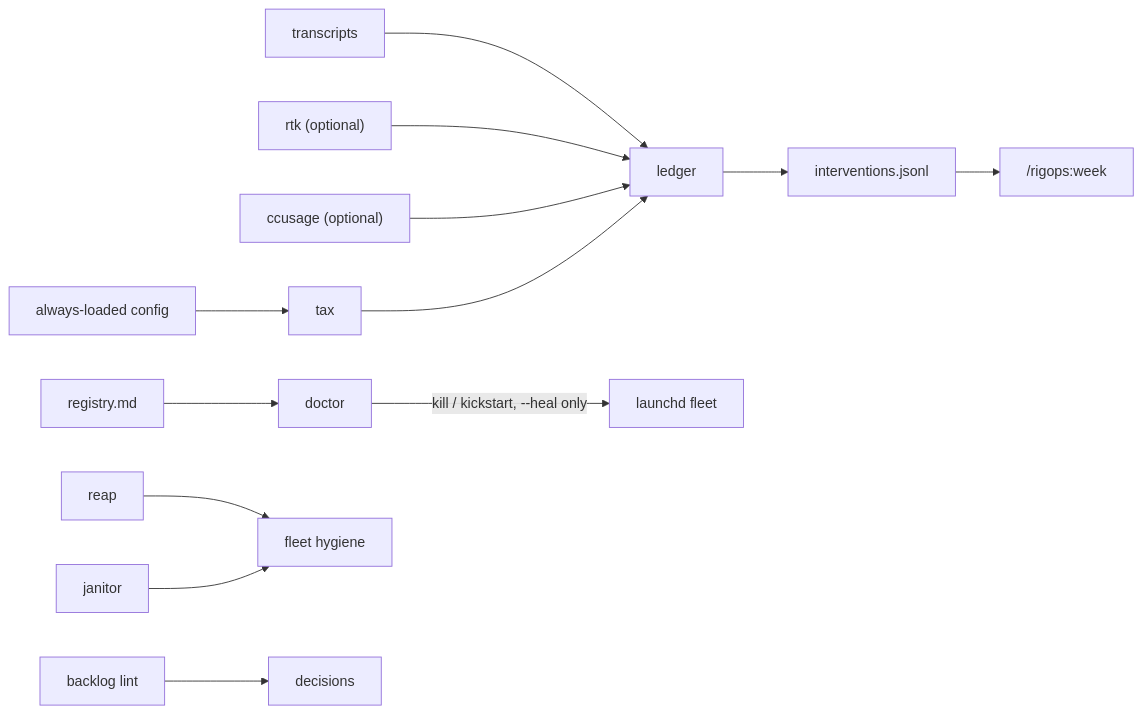
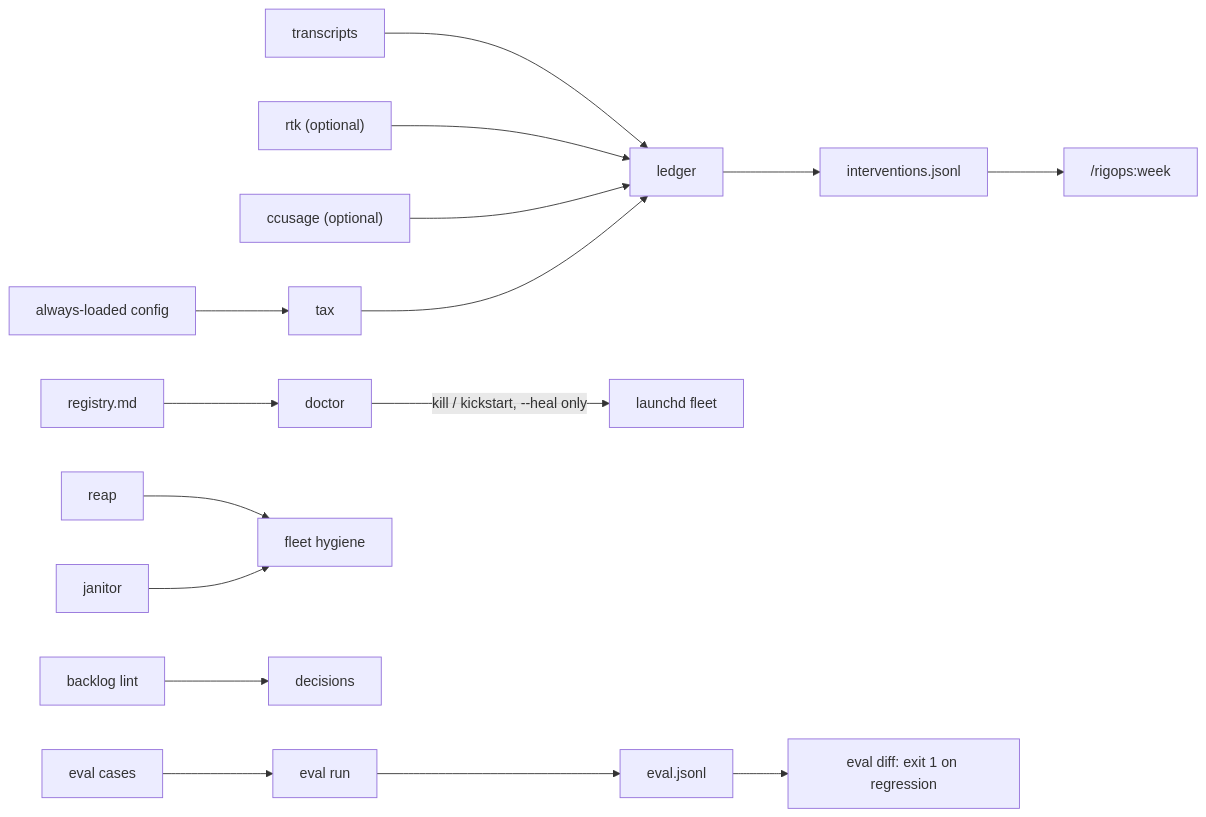
One commit to xantorres/rigops changed the diagram in README.md. Above: the diagram before and after it, drawn with Mermaid. The commit also changed other lines of this file and 3 other files, not shown here.

````diff
--- a/README.md
+++ b/README.md
@@ -46,18 +46,22 @@
 ```mermaid
 flowchart LR
     transcripts --> ledger
     rtk["rtk (optional)"] --> ledger
     ccusage["ccusage (optional)"] --> ledger
     fixedcfg["always-loaded config"] --> tax
     tax --> ledger
     ledger --> interventions["interventions.jsonl"]
     interventions --> review["/rigops:week"]
 
     registry["registry.md"] --> doctor
     doctor -->|"kill / kickstart, --heal only"| fleet["launchd fleet"]
 
     reap --> hygiene["fleet hygiene"]
     janitor --> hygiene
 
     lint["backlog lint"] --> decisions
+
+    cases["eval cases"] --> evalrun["eval run"]
+    evalrun --> results["eval.jsonl"]
+    results --> gate["eval diff: exit 1 on regression"]
 ```
````
